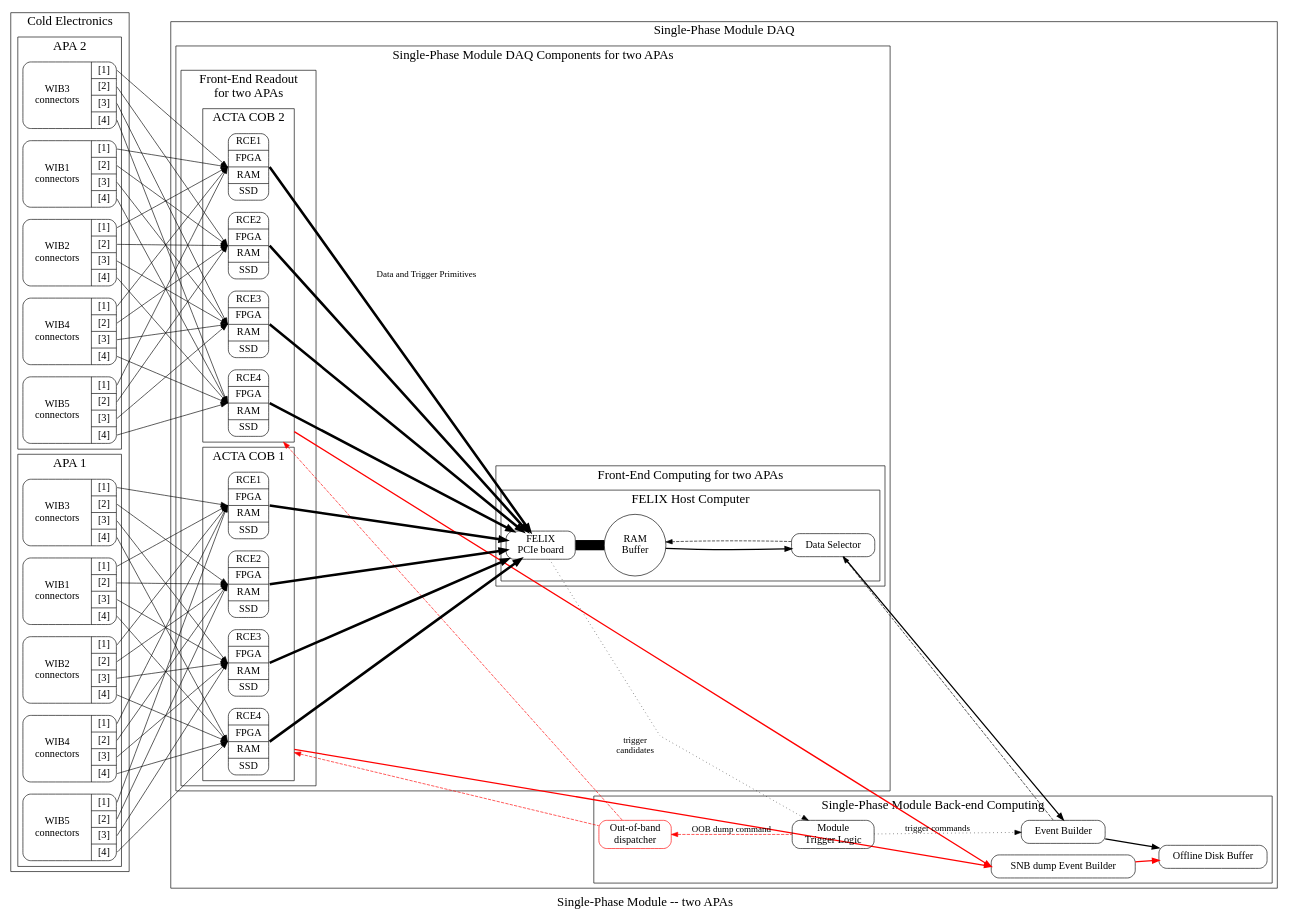
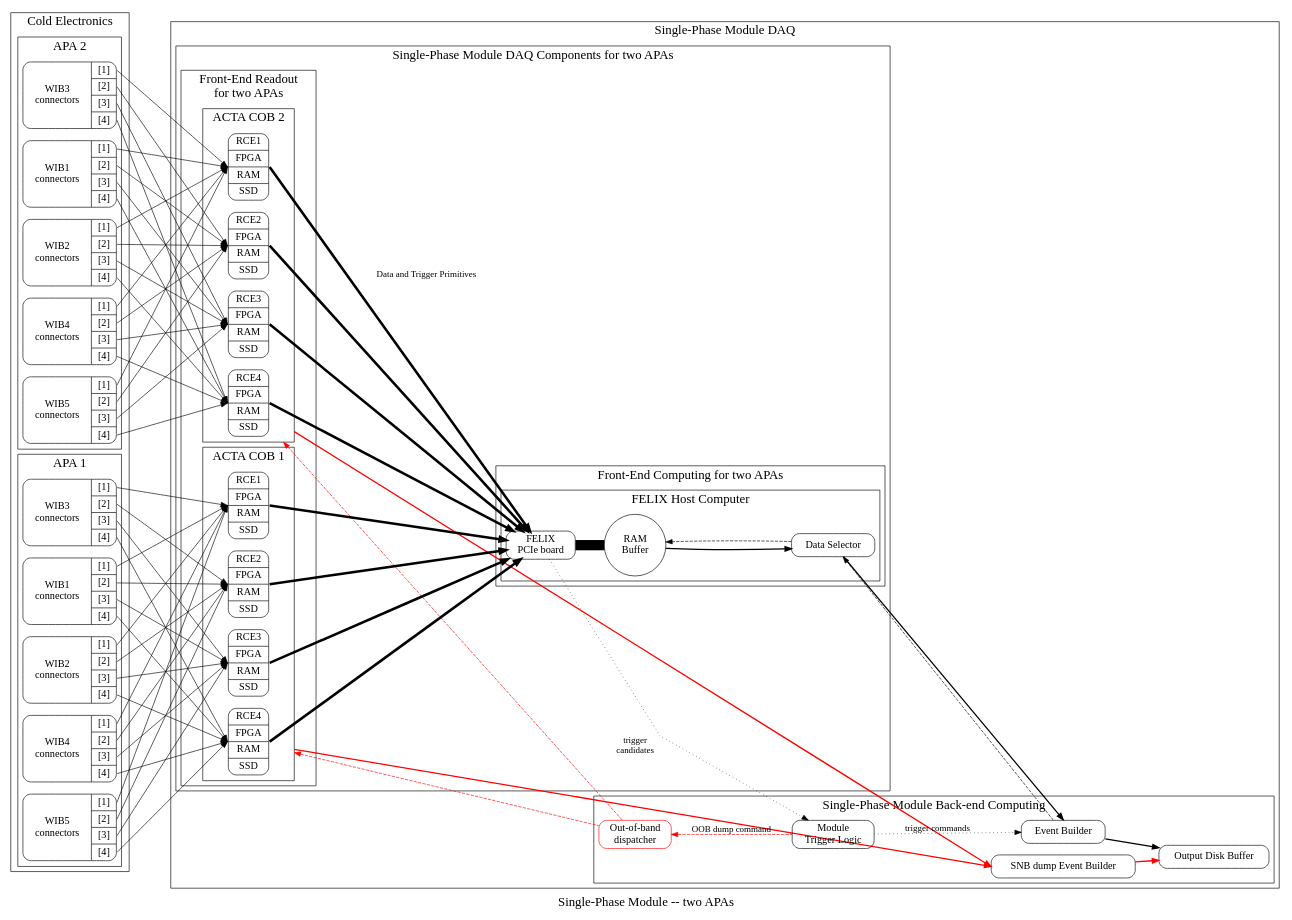
Before and after one commit to DUNE/Technical-Proposal: the diagram in far-detector-single-phase/figures/daq-readout-buffering-baseline.dot, drawn with Graphviz. The commit also changed 6 other files, not shown here.

```diff
--- a/far-detector-single-phase/figures/daq-readout-buffering-baseline.dot
+++ b/far-detector-single-phase/figures/daq-readout-buffering-baseline.dot
@@ -1,167 +1,167 @@
 digraph top {
         graph[compound=true,ordering=out,splines=false,layout=dot,rankdir=LR,fontsize=20];
         node[shape=box,style="rounded",fontsize=16];
         label="Single-Phase Module -- two APAs";
         
         subgraph cluster_wibs {
                 label="Cold Electronics";
                 subgraph cluster_apa2 {
                         label="APA 2";
                         node[shape=record];
                         wib21[label="{WIB1\nconnectors|{<c1>[1]|<c2>[2]|<c3>[3]|<c4>[4]}}"];
                         wib22[label="{WIB2\nconnectors|{<c1>[1]|<c2>[2]|<c3>[3]|<c4>[4]}}"];
                         wib23[label="{WIB3\nconnectors|{<c1>[1]|<c2>[2]|<c3>[3]|<c4>[4]}}"];
                         wib24[label="{WIB4\nconnectors|{<c1>[1]|<c2>[2]|<c3>[3]|<c4>[4]}}"];
                         wib25[label="{WIB5\nconnectors|{<c1>[1]|<c2>[2]|<c3>[3]|<c4>[4]}}"];
                 }
                 subgraph cluster_apa1 {
                         label="APA 1";
                         node[shape=record];
                         wib11[label="{WIB1\nconnectors|{<c1>[1]|<c2>[2]|<c3>[3]|<c4>[4]}}"];
                         wib12[label="{WIB2\nconnectors|{<c1>[1]|<c2>[2]|<c3>[3]|<c4>[4]}}"];
                         wib13[label="{WIB3\nconnectors|{<c1>[1]|<c2>[2]|<c3>[3]|<c4>[4]}}"];
                         wib14[label="{WIB4\nconnectors|{<c1>[1]|<c2>[2]|<c3>[3]|<c4>[4]}}"];
                         wib15[label="{WIB5\nconnectors|{<c1>[1]|<c2>[2]|<c3>[3]|<c4>[4]}}"];
                 }
         }
         subgraph cluster_sp{
                 label="Single-Phase Module DAQ";
                 
                 subgraph cluster_daqsp{
                         label="Single-Phase Module DAQ Components for two APAs"
                         subgraph cluster_ferohw{
                                 label="Front-End Readout\nfor two APAs";
                                 subgraph cluster_rces2 {
                                         label="ACTA COB 2";
                                         node[shape=record];
                                         rce21[label="{{RCE1|FPGA|RAM|SSD}}"];
                                         rce22[label="{{RCE2|FPGA|RAM|SSD}}"];
                                         rce23[label="{{RCE3|FPGA|RAM|SSD}}"];
                                         rce24[label="{{RCE4|FPGA|RAM|SSD}}"];
                                 }
                                 subgraph cluster_rces1 {
                                         label="ACTA COB 1";
                                         node[shape=record];
                                         rce11[label="{{RCE1|FPGA|RAM|SSD}}"];
                                         rce12[label="{{RCE2|FPGA|RAM|SSD}}"];
                                         rce13[label="{{RCE3|FPGA|RAM|SSD}}"];
                                         rce14[label="{{RCE4|FPGA|RAM|SSD}}"];
                                 }
                         }
                         subgraph cluster_fecomp{
                                 label="Front-End Computing for two APAs";
                                 subgraph cluster_felixpc {
                                         label="FELIX Host Computer";
                                         felix[label="FELIX\nPCIe board"];
                                         ring[shape=circle,label="RAM\nBuffer"];
                                         selector[label="Data Selector"];
                                         
                                 }
                         }
                 }
                 subgraph cluster_daqblob {
                         label="Single-Phase Module Back-end Computing";
                         labelloc=top;
                         
                         eb[label="Event Builder"];
                         oob[label="Out-of-band\ndispatcher",color=red];
                         mtl[label="Module\nTrigger Logic"];
-                        disk[label="Offline Disk Buffer"];
+                        disk[label="Output Disk Buffer"];
                         snbeb[label="SNB dump Event Builder"];
                 }
         }
         wib11:c1->rce11:w;
         wib11:c2->rce12:w;
         wib11:c3->rce13:w;
         wib11:c4->rce14:w;
 
         wib12:c1->rce11:w;
         wib12:c2->rce12:w;
         wib12:c3->rce13:w;
         wib12:c4->rce14:w;
 
         wib13:c1->rce11:w;
         wib13:c2->rce12:w;
         wib13:c3->rce13:w;
         wib13:c4->rce14:w;
 
         wib14:c1->rce11:w;
         wib14:c2->rce12:w;
         wib14:c3->rce13:w;
         wib14:c4->rce14:w;
 
         wib15:c1->rce11:w;
         wib15:c2->rce12:w;
         wib15:c3->rce13:w;
         wib15:c4->rce14:w;
         
         wib21:c1->rce21:w;
         wib21:c2->rce22:w;
         wib21:c3->rce23:w;
         wib21:c4->rce24:w;
 
         wib22:c1->rce21:w;
         wib22:c2->rce22:w;
         wib22:c3->rce23:w;
         wib22:c4->rce24:w;
 
         wib23:c1->rce21:w;
         wib23:c2->rce22:w;
         wib23:c3->rce23:w;
         wib23:c4->rce24:w;
 
         wib24:c1->rce21:w;
         wib24:c2->rce22:w;
         wib24:c3->rce23:w;
         wib24:c4->rce24:w;
 
         wib25:c1->rce21:w;
         wib25:c2->rce22:w;
         wib25:c3->rce23:w;
         wib25:c4->rce24:w;
         
         edge[penwidth=4];
 
         //[label="Data and Trigger Primitives\n2x 10 Gbps fibers / link"];
         rce11:e->felix;
         rce12:e->felix;
         rce13:e->felix;
         rce14:e->felix;
 
         rce21:e->felix[label="Data and Trigger Primitives"];
         rce22:e->felix;
         rce23:e->felix;
         rce24:e->felix;
         
         edge[penwidth=16,dir=none];
         felix->ring;
 
         edge[penwidth=2,dir=forward];
         ring->selector;
         selector->eb:n[constraint=false];
         eb->disk;
 
         edge[penwidth=2,dir=forward,color=red];
         rce14->snbeb:w[constraint=false,ltail=cluster_rces1];
         rce24->snbeb:w[constraint=false,ltail=cluster_rces2];
         snbeb->disk;
         
         
         edge[penwidth=1,style=dashed,color=black];
         selector->eb[dir=back];
         selector->ring;
         
 
         edge[penwidth=1,style=dotted];
         felix->mtl[label="trigger\ncandidates"];
         
         mtl->eb[label="trigger commands"];
 
 
         // Send trigger back to each rce
         edge[penwidth=1,style=dashed,color=red];
         oob->mtl[dir=back,label="OOB dump command"];
         rce14->oob[dir=back,ltail=cluster_rces1];
         rce24->oob[dir=back,ltail=cluster_rces2];
         
 }
```
